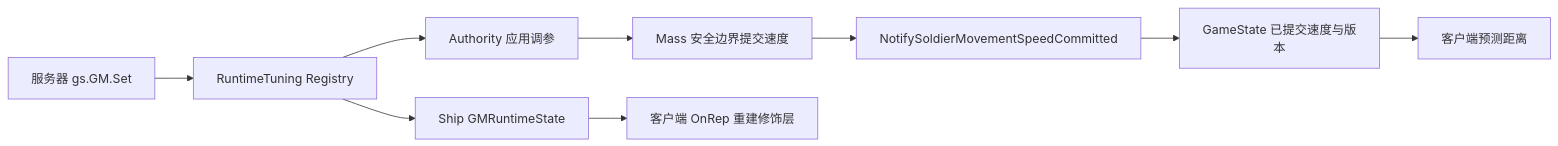
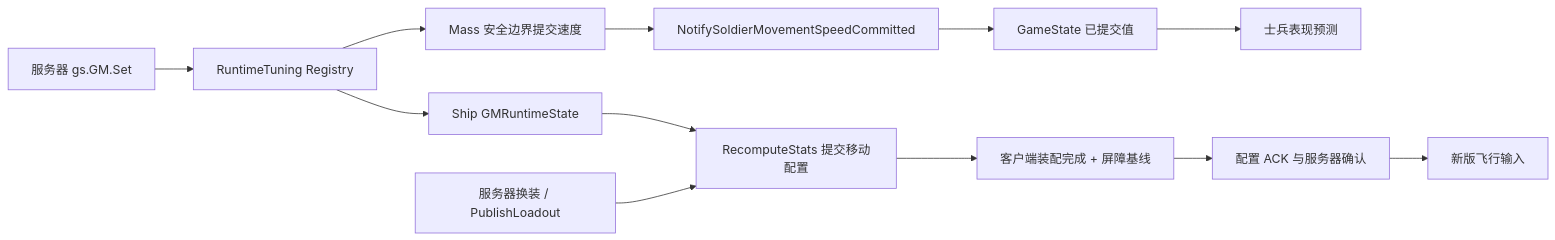
One commit to QHXRPG-A/GuLiStrike changed the diagram in Progress/DevelopmentDocumentation/UE网络教材/09-GM调参与跨模块复制.md. Above: the diagram before and after it, drawn with Mermaid. The commit also changed other lines of this file and 82 other files, not shown here.

````diff
--- a/Progress/DevelopmentDocumentation/UE网络教材/09-GM调参与跨模块复制.md
+++ b/Progress/DevelopmentDocumentation/UE网络教材/09-GM调参与跨模块复制.md
@@ -15,11 +15,14 @@
 ```mermaid
 flowchart LR
   C["服务器 gs.GM.Set"] --> R["RuntimeTuning Registry"]
-  R --> A["Authority 应用调参"]
-  A --> B["Mass 安全边界提交速度"]
-  B --> N["NotifySoldierMovementSpeedCommitted"]
-  N --> G["GameState 已提交速度与版本"]
-  G --> P["客户端预测距离"]
+  R --> A["Mass 安全边界提交速度"]
+  A --> N["NotifySoldierMovementSpeedCommitted"]
+  N --> G["GameState 已提交值"]
+  G --> P["士兵表现预测"]
   R --> S["Ship GMRuntimeState"]
-  S --> O["客户端 OnRep 重建修饰层"]
+  S --> V["RecomputeStats 提交移动配置"]
+  L["服务器换装 / PublishLoadout"] --> V
+  V --> B["客户端装配完成 + 屏障基线"]
+  B --> K["配置 ACK 与服务器确认"]
+  K --> M["新版飞行输入"]
 ```
````
